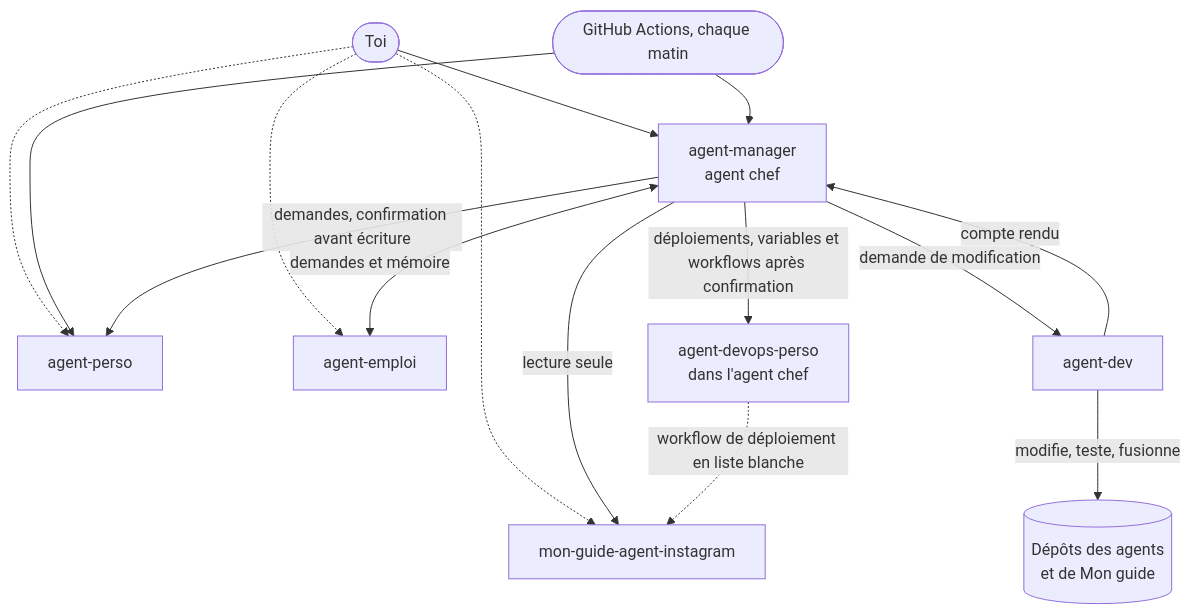
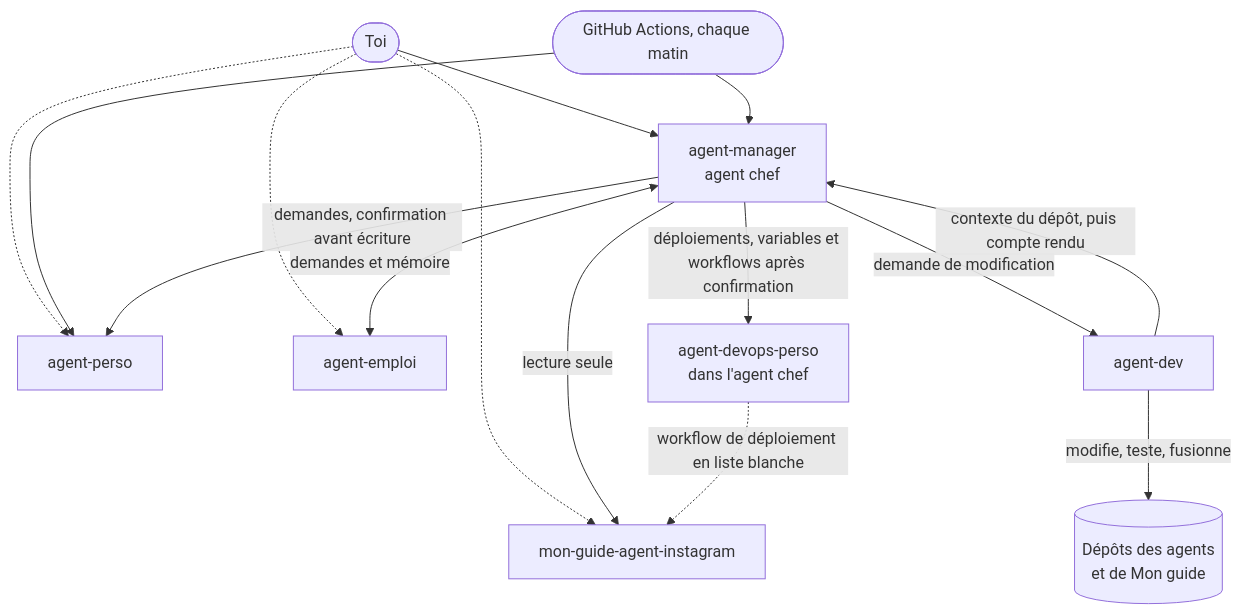
Before and after one commit to AnthonyStocko/agent-manager: the diagram in ARCHITECTURE.md, drawn with Mermaid. The commit also changed other lines of this file and 5 other files, not shown here.

````diff
--- a/ARCHITECTURE.md
+++ b/ARCHITECTURE.md
@@ -25,31 +25,31 @@
 ```mermaid
 flowchart TD
     toi([Toi])
     cron([GitHub Actions, chaque matin])
 
     chef[agent-manager<br/>agent chef]
     perso[agent-perso]
     emploi[agent-emploi]
     insta[mon-guide-agent-instagram]
     dev[agent-dev]
     devops[agent-devops-perso<br/>dans l'agent chef]
     depots[(Dépôts des agents<br/>et de Mon guide)]
 
     toi --> chef
     toi -.-> perso
     toi -.-> emploi
     toi -.-> insta
 
     cron --> chef
     cron --> perso
 
     chef -->|demandes, confirmation avant écriture| perso
     chef <-->|demandes et mémoire| emploi
     chef -->|lecture seule| insta
     chef -->|demande de modification| dev
-    dev -->|compte rendu| chef
+    dev -->|contexte du dépôt, puis compte rendu| chef
     chef -->|déploiements, variables et workflows après confirmation| devops
     devops -.->|workflow de déploiement en liste blanche| insta
 
     dev -->|modifie, teste, fusionne| depots
 ```
````
